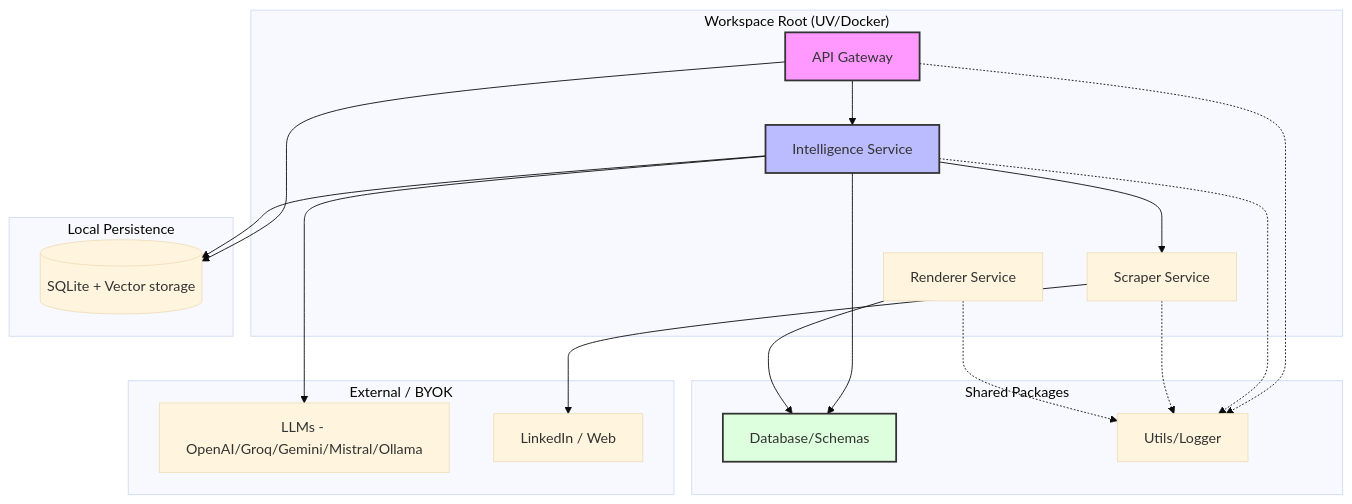
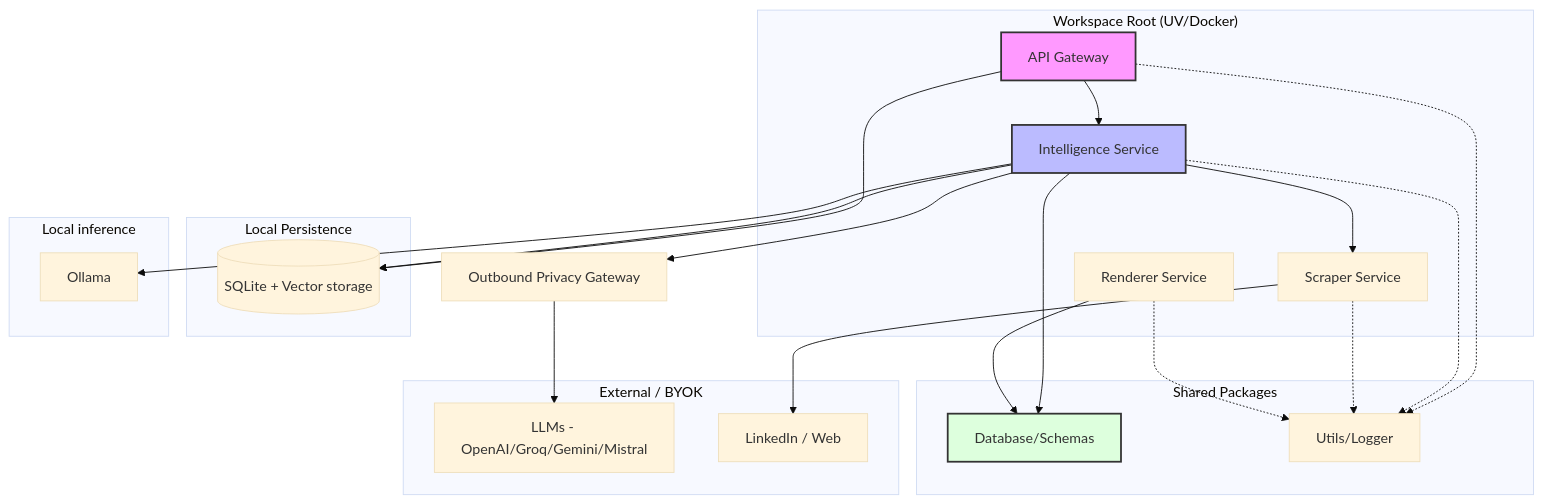
The diagram in docs/architecture.md (RashOps/Mindris-AI), drawn with Mermaid (base theme) before and after one commit. The commit also changed other lines of this file and 9 other files, not shown here.

Commit message:
docs: document verifiable local-first privacy

````diff
--- a/docs/architecture.md
+++ b/docs/architecture.md
@@ -32,38 +32,44 @@
 ```mermaid
 graph TD
     subgraph "Workspace Root (UV/Docker)"
         A[API Gateway]
         B[Intelligence Service]
         C[Scraper Service]
         D[Renderer Service]
     end
 
     subgraph "Shared Packages"
         E[Database/Schemas]
         F[Utils/Logger]
     end
 
     subgraph "Local Persistence"
         G[(SQLite + Vector storage)]
     end
 
+    subgraph "Local inference"
+        J[Ollama]
+    end
+
     subgraph "External / BYOK"
-        H[LLMs - OpenAI/Groq/Gemini/Mistral/Ollama]
+        H[LLMs - OpenAI/Groq/Gemini/Mistral]
         I[LinkedIn / Web]
     end
 
     %% Relations
     A --> B
     B --> C
     B --> E
     C --> I
     A --> G
     B --> G
-    B --> H
+    B --> J
+    B --> K[Outbound Privacy Gateway]
+    K --> H
     D --> E
     A & B & C & D -.-> F
 
     style A fill:#f9f,stroke:#333,stroke-width:2px
     style B fill:#bbf,stroke:#333,stroke-width:2px
     style E fill:#dfd,stroke:#333,stroke-width:2px
 ```
````
